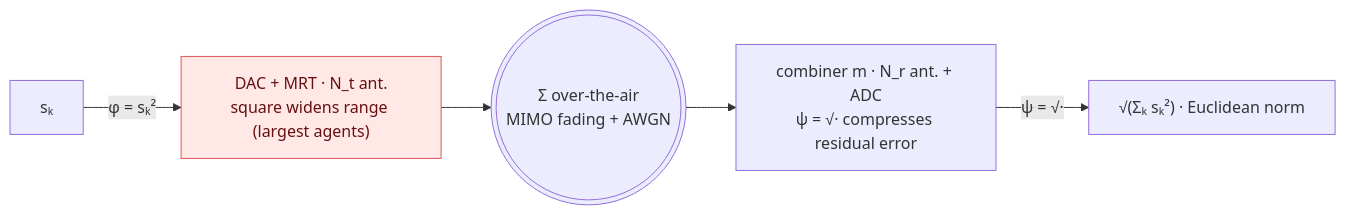
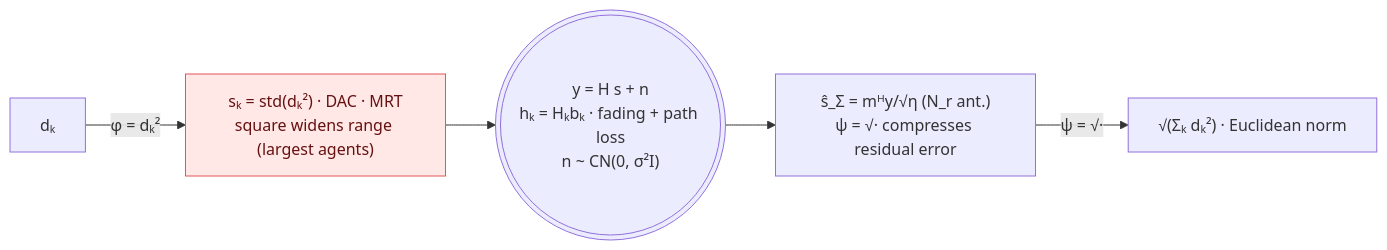
Before and after one commit to wincle626/OverAirCompute: the seventh of 13 diagrams in README.md, drawn with Mermaid. The commit also changed other lines of this file, not shown here.

````diff
--- a/README.md
+++ b/README.md
@@ -312,9 +329,9 @@
 ```mermaid
 flowchart LR
-    s["sₖ"] -->|"φ = sₖ²"| tx["DAC + MRT · N_t ant.<br/>square widens range (largest agents)"]
-    tx --> air((("Σ over-the-air<br/>MIMO fading + AWGN")))
-    air --> rx["combiner m · N_r ant. + ADC<br/>ψ = √· compresses residual error"]
-    rx -->|"ψ = √·"| r["√(Σₖ sₖ²)  ·  Euclidean norm"]
+    d["dₖ"] -->|"φ = dₖ²"| tx["sₖ = std(dₖ²) · DAC · MRT<br/>square widens range (largest agents)"]
+    tx --> y((("y = H s + n<br/>hₖ = Hₖbₖ · fading + path loss<br/>n ~ CN(0, σ²I)")))
+    y --> rx["ŝ_Σ = mᴴy/√η (N_r ant.)<br/>ψ = √· compresses residual error"]
+    rx -->|"ψ = √·"| r["√(Σₖ dₖ²)  ·  Euclidean norm"]
     classDef hot fill:#ffe8e6,stroke:#E15759,color:#611;
     class tx hot;
 ```
````
